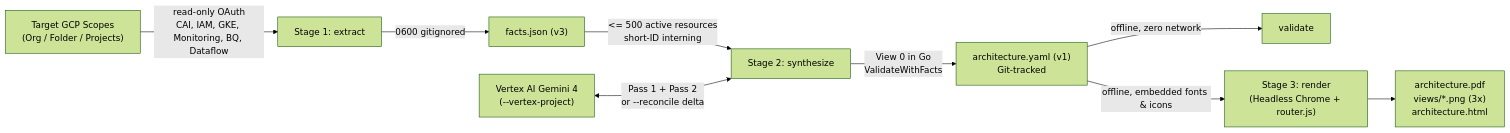
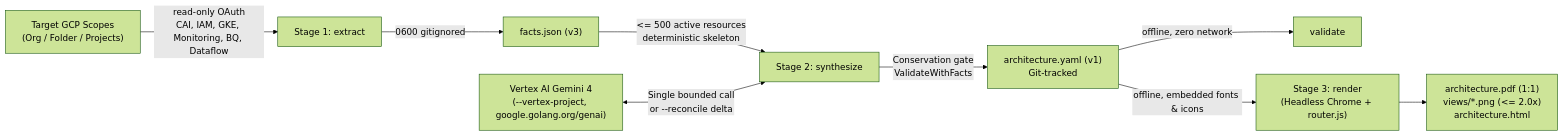
The diagram in gh-pages/index.md (arrase/gcp-arch), drawn with Mermaid (forest theme) before and after one commit. The commit also changed other lines of this file and 172 other files, not shown here.

````diff
--- a/gh-pages/index.md
+++ b/gh-pages/index.md
@@ -194,11 +204,11 @@
 ```mermaid
 flowchart LR
     GCP["Target GCP Scopes\n(Org / Folder / Projects)"] -->|"read-only OAuth\nCAI, IAM, GKE, Monitoring, BQ, Dataflow"| Extract["Stage 1: extract"]
     Extract -->|"0600 gitignored"| Facts["facts.json (v3)"]
-    Facts -->|"<= 500 active resources\nshort-ID interning"| Synth["Stage 2: synthesize"]
-    Vertex["Vertex AI Gemini 4\n(--vertex-project)"] <-->|"Pass 1 + Pass 2\nor --reconcile delta"| Synth
-    Synth -->|"View 0 in Go\nValidateWithFacts"| Manifest["architecture.yaml (v1)\nGit-tracked"]
+    Facts -->|"<= 500 active resources\ndeterministic skeleton"| Synth["Stage 2: synthesize"]
+    Vertex["Vertex AI Gemini 4\n(--vertex-project, google.golang.org/genai)"] <-->|"Single bounded call\nor --reconcile delta"| Synth
+    Synth -->|"Conservation gate\nValidateWithFacts"| Manifest["architecture.yaml (v1)\nGit-tracked"]
     Manifest -->|"offline, zero network"| Validate["validate"]
     Manifest -->|"offline, embedded fonts & icons"| Render["Stage 3: render\n(Headless Chrome + router.js)"]
-    Render --> Deliverables["architecture.pdf\nviews/*.png (3x)\narchitecture.html"]
+    Render --> Deliverables["architecture.pdf (1:1)\nviews/*.png (<= 2.0x)\narchitecture.html"]
 ```
````
